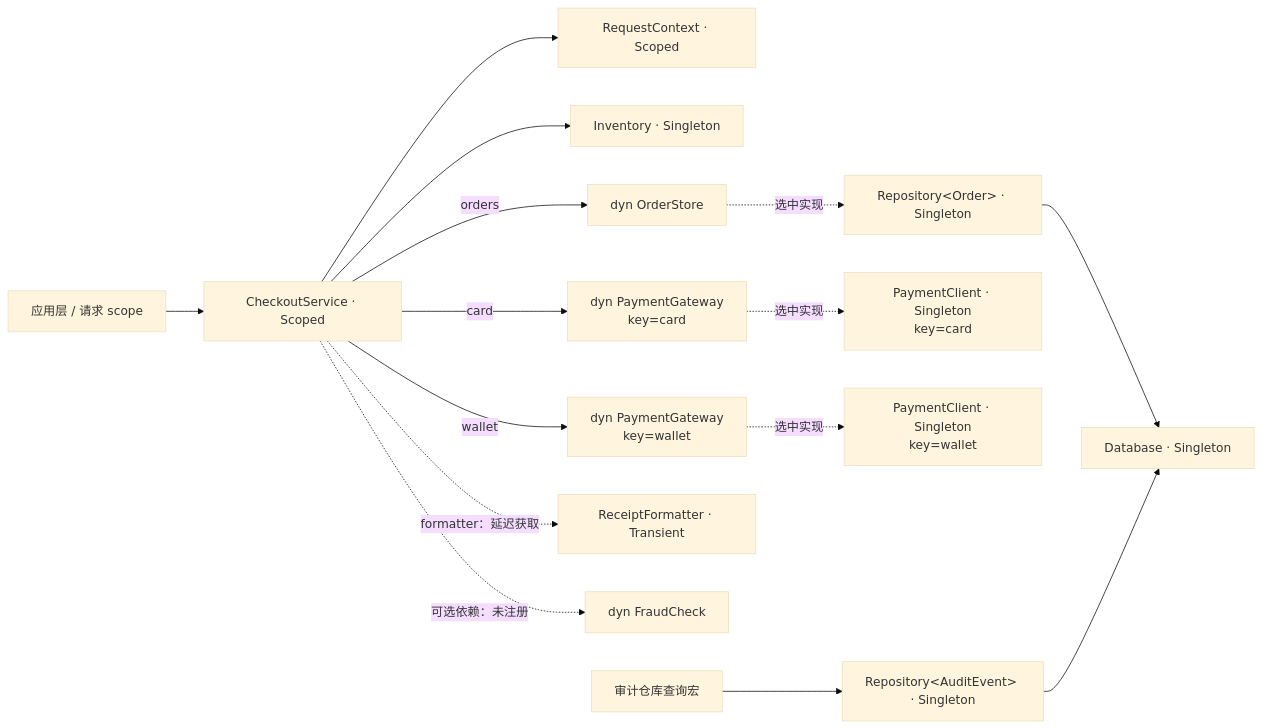
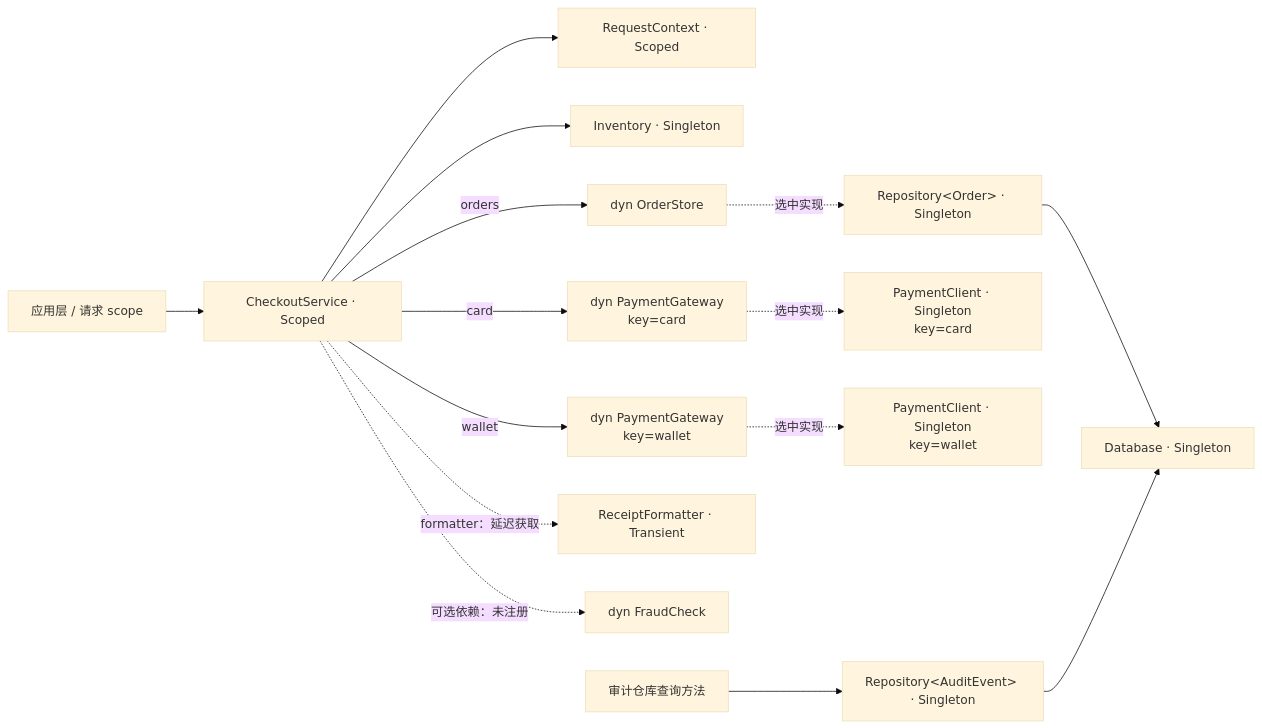
Before and after one commit to Fangfang2468/nestrs-framework: the diagram in example/di-checkout/README.md, drawn with Mermaid (base theme). The commit also changed other lines of this file and 38 other files, not shown here.

````diff
--- a/example/di-checkout/README.md
+++ b/example/di-checkout/README.md
@@ -163,17 +84,17 @@
 ```mermaid
 flowchart LR
     Driver["应用层 / 请求 scope"] --> Checkout["CheckoutService · Scoped"]
     Checkout --> Context["RequestContext · Scoped"]
     Checkout --> Inventory["Inventory · Singleton"]
     Checkout -- orders --> Store["dyn OrderStore"]
     Store -. "选中实现" .-> Orders["Repository&lt;Order&gt; · Singleton"]
     Checkout -- card --> CardGateway["dyn PaymentGateway<br/>key=card"]
     Checkout -- wallet --> WalletGateway["dyn PaymentGateway<br/>key=wallet"]
     CardGateway -. "选中实现" .-> CardPayment["PaymentClient · Singleton<br/>key=card"]
     WalletGateway -. "选中实现" .-> WalletPayment["PaymentClient · Singleton<br/>key=wallet"]
     Checkout -. "formatter：延迟获取" .-> Receipt["ReceiptFormatter · Transient"]
     Checkout -. "可选依赖：未注册" .-> Fraud["dyn FraudCheck"]
     Orders --> Database["Database · Singleton"]
-    AuditQuery["审计仓库查询宏"] --> Audit["Repository&lt;AuditEvent&gt; · Singleton"]
+    AuditQuery["审计仓库查询方法"] --> Audit["Repository&lt;AuditEvent&gt; · Singleton"]
     Audit --> Database
 ```
````
